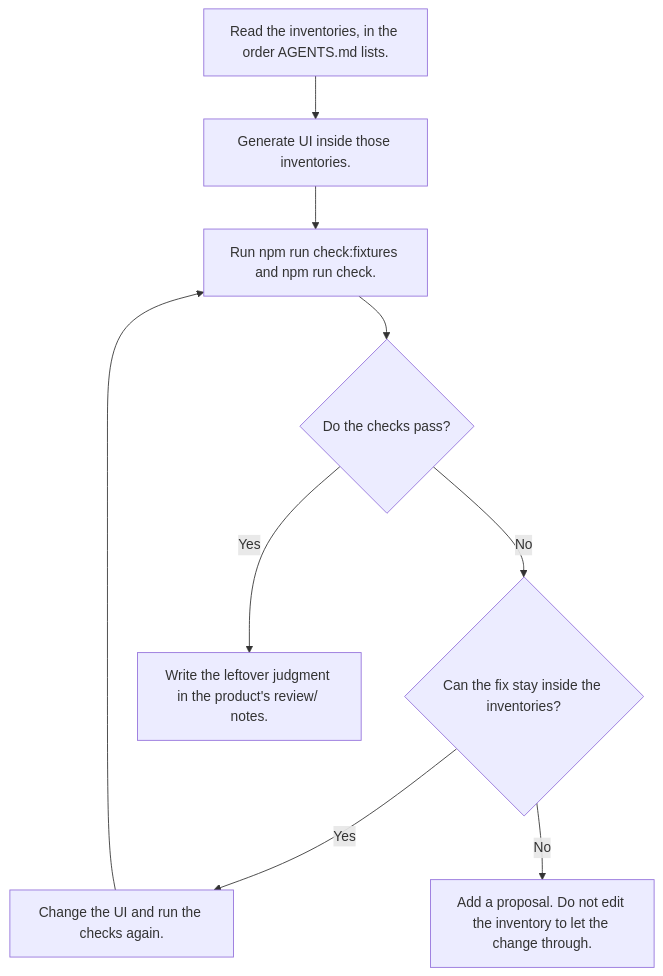
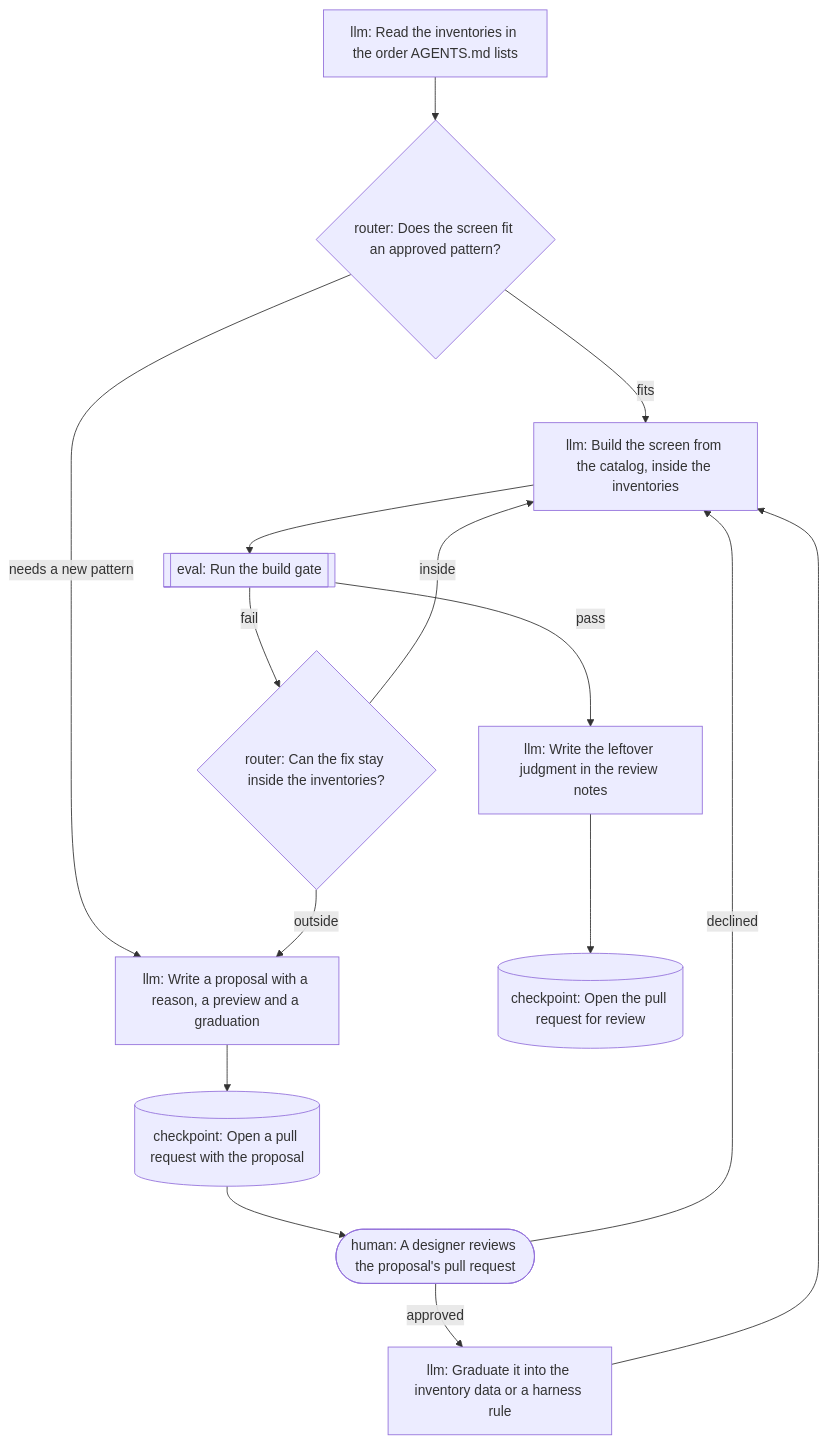
One commit to tounsoo/agent-design-loop changed the third of 7 diagrams in packages/harness/docs/how-it-works.md. Above: the diagram before and after it, drawn with Mermaid. The commit also changed other lines of this file and 12 other files, not shown here.

First line of the commit message:
Define the design loop as a graph with check:loop (#22)

````diff
--- a/packages/harness/docs/how-it-works.md
+++ b/packages/harness/docs/how-it-works.md
@@ -92,13 +94,28 @@
 ```mermaid
 flowchart TB
-  read["Read the inventories, in the order AGENTS.md lists."]
-  generate["Generate UI inside those inventories."]
-  run["Run npm run check:fixtures and npm run check."]
-  read --> generate --> run
-  run --> passed{"Do the checks pass?"}
-  passed -->|No| inside{"Can the fix stay inside the inventories?"}
-  inside -->|Yes| fix["Change the UI and run the checks again."]
-  fix --> run
-  inside -->|No| propose["Add a proposal. Do not edit the inventory to let the change through."]
-  passed -->|Yes| note["Write the leftover judgment in the product's review/ notes."]
+  n_read["llm: Read the inventories in the order AGENTS.md lists"]
+  n_route{"router: Does the screen fit an approved pattern?"}
+  n_build["llm: Build the screen from the catalog, inside the inventories"]
+  n_checks[["eval: Run the build gate"]]
+  n_triage{"router: Can the fix stay inside the inventories?"}
+  n_propose["llm: Write a proposal with a reason, a preview and a graduation"]
+  n_proposal_pull_request[("checkpoint: Open a pull request with the proposal")]
+  n_approval(["human: A designer reviews the proposal's pull request"])
+  n_graduate["llm: Graduate it into the inventory data or a harness rule"]
+  n_note["llm: Write the leftover judgment in the review notes"]
+  n_pull_request[("checkpoint: Open the pull request for review")]
+  n_read --> n_route
+  n_route -->|fits| n_build
+  n_route -->|needs a new pattern| n_propose
+  n_build --> n_checks
+  n_checks -->|pass| n_note
+  n_checks -->|fail| n_triage
+  n_triage -->|inside| n_build
+  n_triage -->|outside| n_propose
+  n_propose --> n_proposal_pull_request
+  n_proposal_pull_request --> n_approval
+  n_approval -->|approved| n_graduate
+  n_approval -->|declined| n_build
+  n_graduate --> n_build
+  n_note --> n_pull_request
 ```
````
